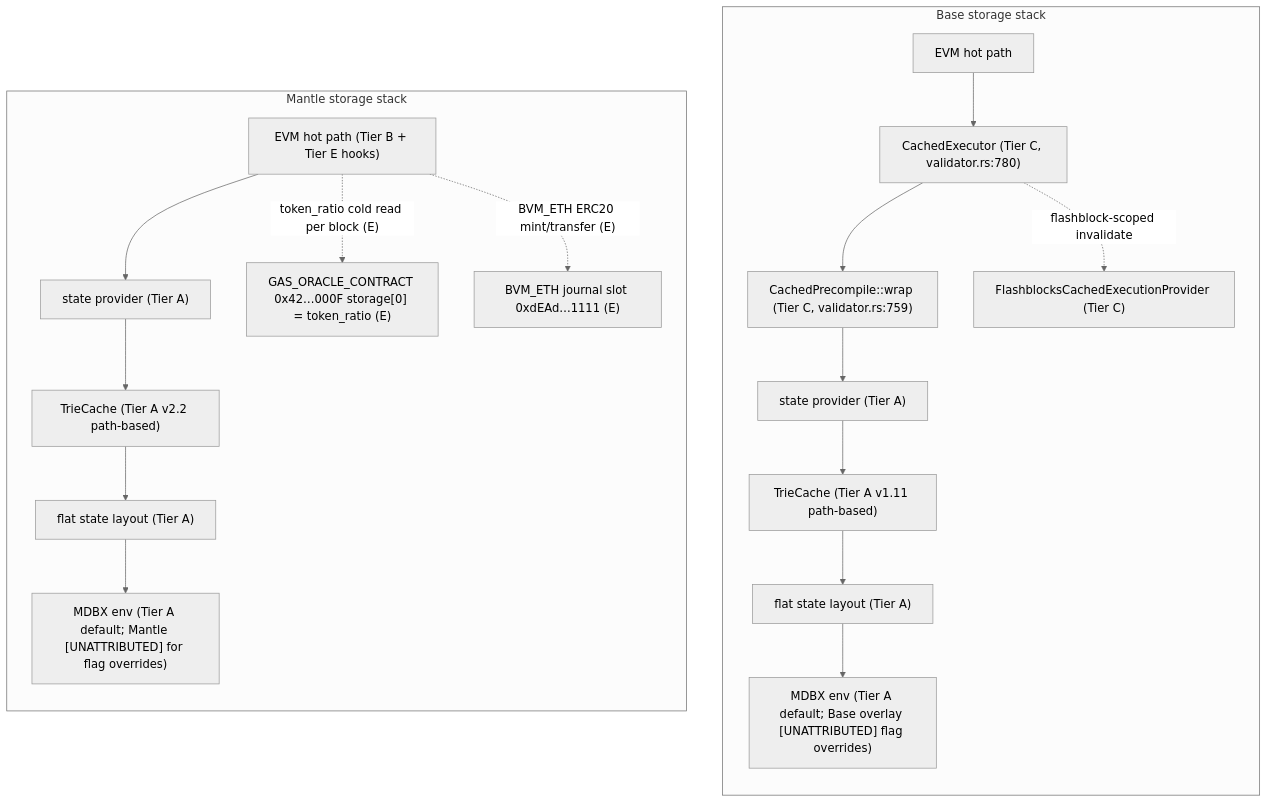
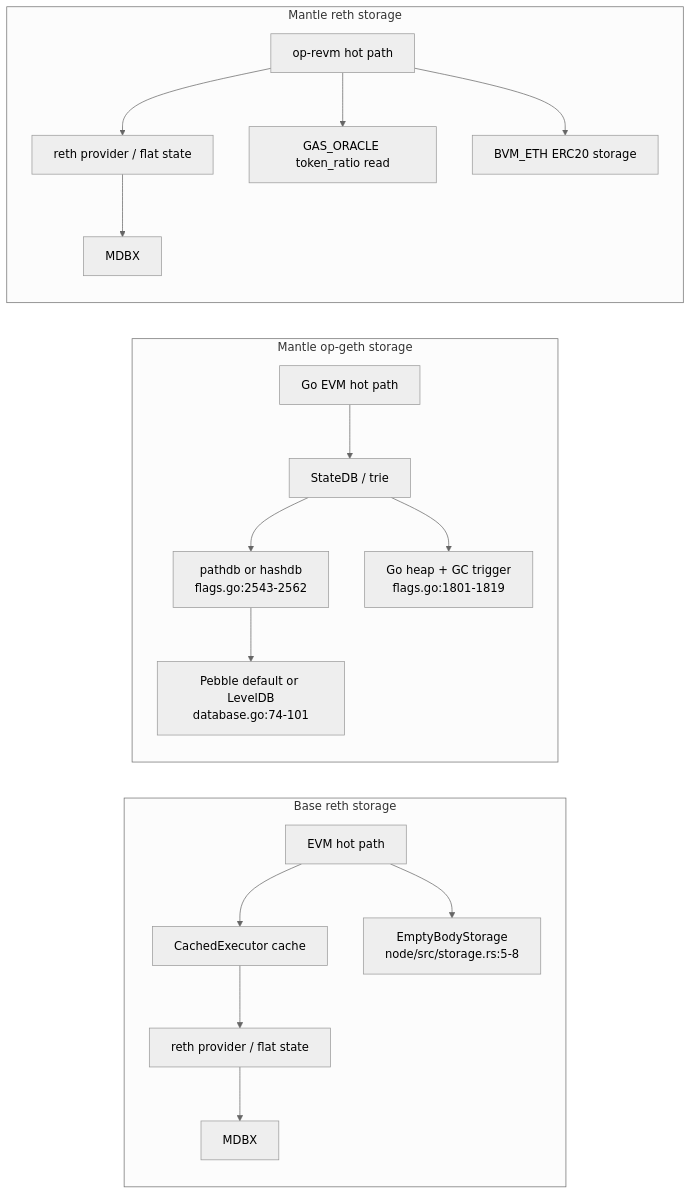
Before and after one commit to Whisker17/multica-research: the third of 4 diagrams in base-perf-analysis/research-sections/execution-layer-reth-fork-comparison/drafts/round-1.md, drawn with Mermaid (neutral theme). The commit also changed other lines of this file and 4 other files, not shown here.

First line of the commit message:
research(execution-layer-reth-fork-comparison): integrate accepted rerun research package (747cb2ba-6502-41a3-9b08-35b743402f09)

````diff
--- a/base-perf-analysis/research-sections/execution-layer-reth-fork-comparison/drafts/round-1.md
+++ b/base-perf-analysis/research-sections/execution-layer-reth-fork-comparison/drafts/round-1.md
@@ -537,23 +311,23 @@
 ```mermaid
-flowchart TB
-  subgraph BaseStack["Base storage stack"]
-    direction TB
-    BHot["EVM hot path"] --> BCachedExec["CachedExecutor (Tier C, validator.rs:780)"]
-    BCachedExec --> BCachedPre["CachedPrecompile::wrap (Tier C, validator.rs:759)"]
-    BCachedPre --> BStateProv["state provider (Tier A)"]
-    BStateProv --> BTrie["TrieCache (Tier A v1.11 path-based)"]
-    BTrie --> BFlat["flat state layout (Tier A)"]
-    BFlat --> BMDBX["MDBX env (Tier A default; Base overlay [UNATTRIBUTED] flag overrides)"]
-    BCachedExec -.->|"flashblock-scoped invalidate"| BFlasher["FlashblocksCachedExecutionProvider (Tier C)"]
+flowchart LR
+  subgraph BaseStore["Base reth storage"]
+    BS1["EVM hot path"] --> BS2["CachedExecutor cache"]
+    BS2 --> BS3["reth provider / flat state"]
+    BS3 --> BS4["MDBX"]
+    BS1 --> BS5["EmptyBodyStorage<br/>node/src/storage.rs:5-8"]
   end
 
-  subgraph MantleStack["Mantle storage stack"]
-    direction TB
-    MHot["EVM hot path (Tier B + Tier E hooks)"] --> MStateProv["state provider (Tier A)"]
-    MStateProv --> MTrie["TrieCache (Tier A v2.2 path-based)"]
-    MTrie --> MFlat["flat state layout (Tier A)"]
-    MFlat --> MMDBX["MDBX env (Tier A default; Mantle [UNATTRIBUTED] for flag overrides)"]
-    MHot -.->|"token_ratio cold read per block (E)"| MGasOracle["GAS_ORACLE_CONTRACT 0x42…000F storage[0] = token_ratio (E)"]
-    MHot -.->|"BVM_ETH ERC20 mint/transfer (E)"| MBVM["BVM_ETH journal slot 0xdEAd…1111 (E)"]
+  subgraph MantleGoStore["Mantle op-geth storage"]
+    GS1["Go EVM hot path"] --> GS2["StateDB / trie"]
+    GS2 --> GS3["pathdb or hashdb<br/>flags.go:2543-2562"]
+    GS3 --> GS4["Pebble default or LevelDB<br/>database.go:74-101"]
+    GS2 --> GS5["Go heap + GC trigger<br/>flags.go:1801-1819"]
+  end
+
+  subgraph MantleRustStore["Mantle reth storage"]
+    RS1["op-revm hot path"] --> RS2["reth provider / flat state"]
+    RS2 --> RS3["MDBX"]
+    RS1 --> RS4["GAS_ORACLE token_ratio read"]
+    RS1 --> RS5["BVM_ETH ERC20 storage"]
   end
 ```
````
